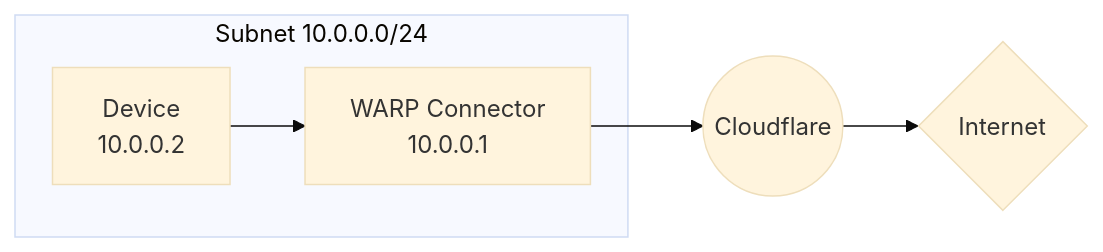
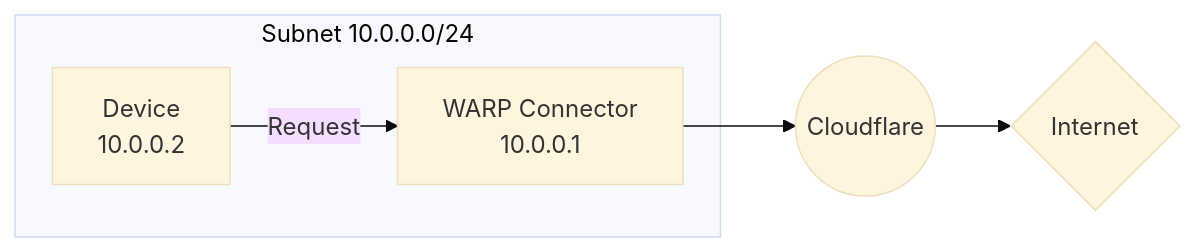
Before and after one commit to cloudflare/cloudflare-docs: the second of 2 diagrams in src/content/docs/cloudflare-one/connections/connect-networks/private-net/warp-connector/site-to-internet.mdx, drawn with Mermaid (base theme). The commit also changed other lines of this file and 5 other files, not shown here.

````diff
--- a/src/content/docs/cloudflare-one/connections/connect-networks/private-net/warp-connector/site-to-internet.mdx
+++ b/src/content/docs/cloudflare-one/connections/connect-networks/private-net/warp-connector/site-to-internet.mdx
@@ -76,9 +76,9 @@
 ```mermaid
     flowchart LR
       subgraph subnet1[Subnet 10.0.0.0/24]
         device1["Device
-        10.0.0.2"]-->router1["WARP Connector
+        10.0.0.2"]--Request-->router1["WARP Connector
         10.0.0.1"]
       end
       router1-->C((Cloudflare))-->I{Internet}
 ```
````
